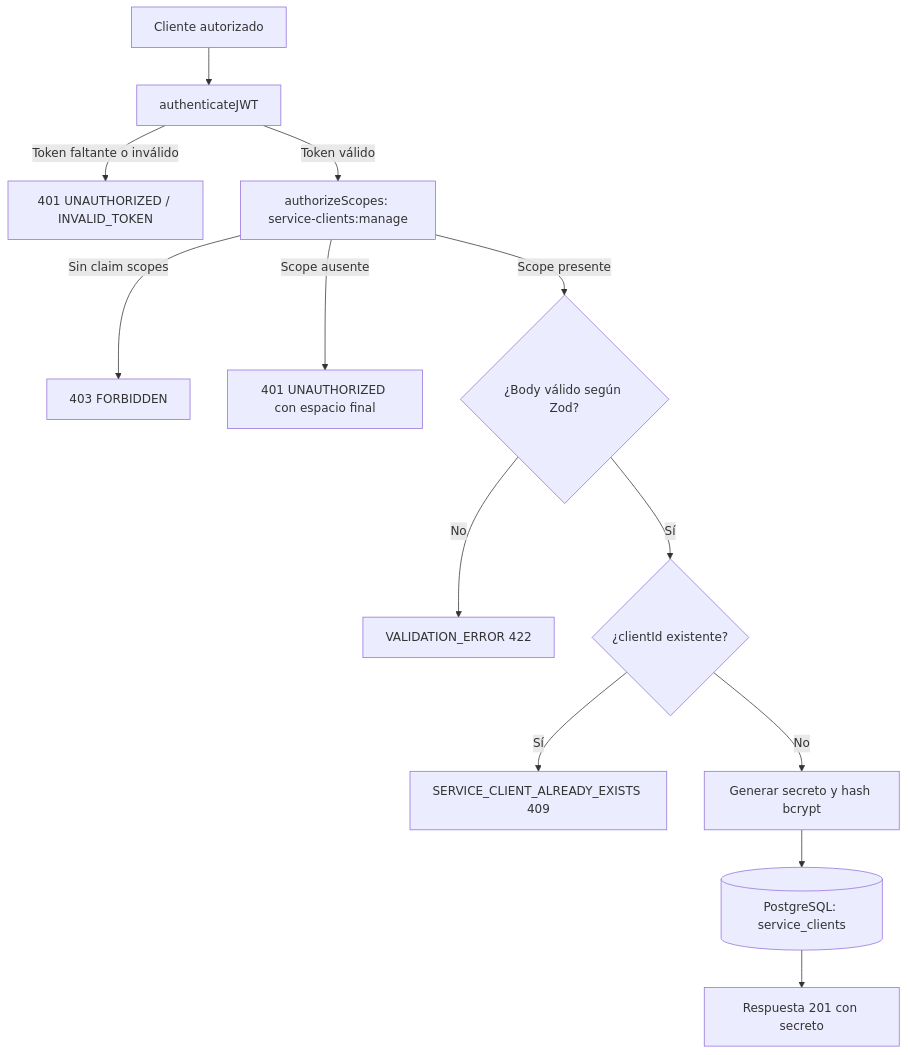
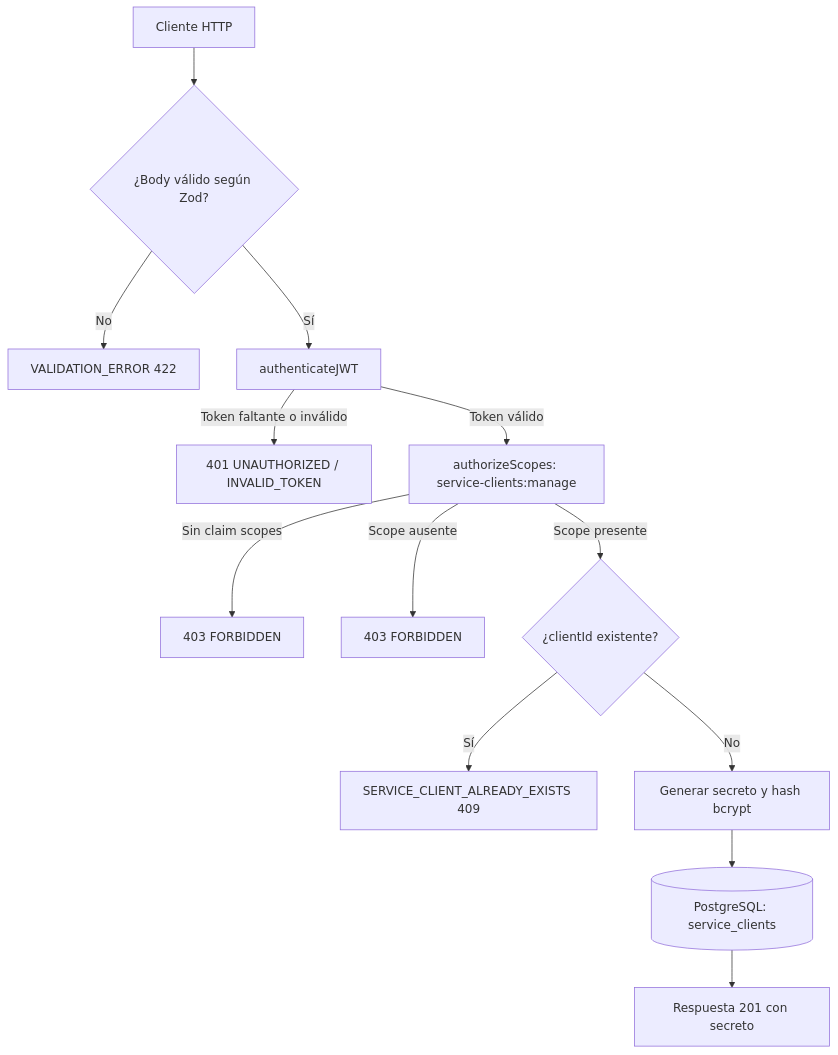
The diagram in docs/use-case/create-service-client.md (jac2206/chasis-fastify-backend), drawn with Mermaid before and after one commit. The commit also changed other lines of this file and 142 other files, not shown here.

````diff
--- a/docs/use-case/create-service-client.md
+++ b/docs/use-case/create-service-client.md
@@ -75,15 +75,15 @@
 ```mermaid
 flowchart TD
-    A[Cliente autorizado] --> B[authenticateJWT]
+    A[Cliente HTTP] --> D{¿Body válido según Zod?}
+    D -- No --> V[VALIDATION_ERROR 422]
+    D -- Sí --> B[authenticateJWT]
     B -->|Token faltante o inválido| X[401 UNAUTHORIZED / INVALID_TOKEN]
     B -->|Token válido| C[authorizeScopes: service-clients:manage]
     C -->|Sin claim scopes| Y[403 FORBIDDEN]
-    C -->|Scope ausente| Z[401 UNAUTHORIZED con espacio final]
-    C -->|Scope presente| D{¿Body válido según Zod?}
-    D -- No --> V[VALIDATION_ERROR 422]
-    D -- Sí --> E{¿clientId existente?}
+    C -->|Scope ausente| Z[403 FORBIDDEN]
+    C -->|Scope presente| E{¿clientId existente?}
     E -- Sí --> F[SERVICE_CLIENT_ALREADY_EXISTS 409]
     E -- No --> G[Generar secreto y hash bcrypt]
     G --> H[(PostgreSQL: service_clients)]
     H --> I[Respuesta 201 con secreto]
 ```
````
